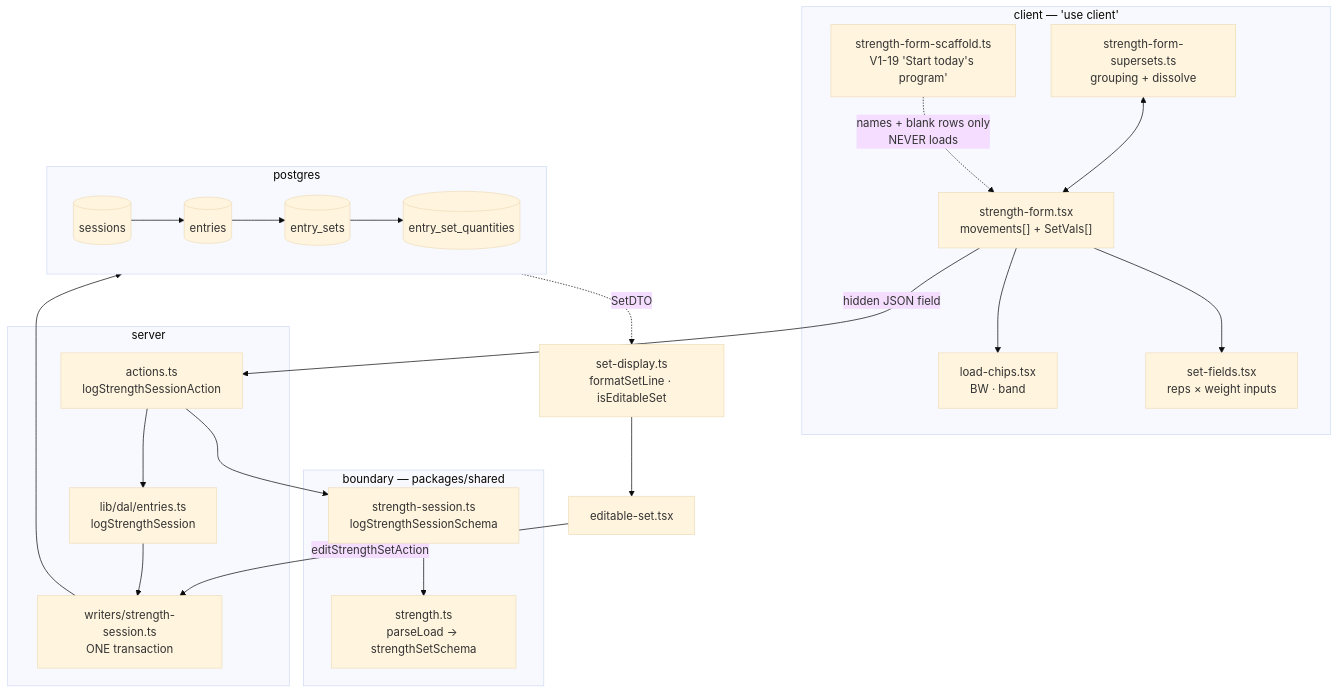
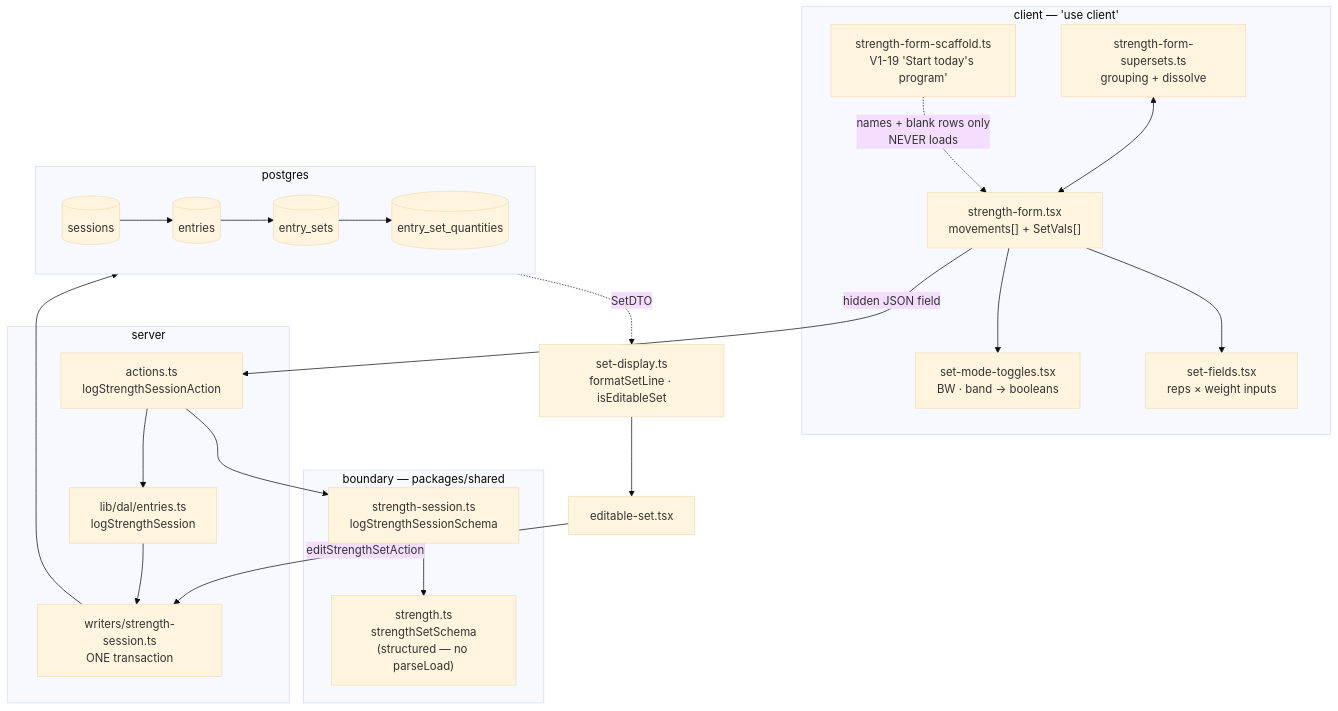
Before and after one commit to ralamode/mat-plan: the diagram in docs/features/strength-logging.md, drawn with Mermaid (base theme). The commit also changed other lines of this file and 17 other files, not shown here.

````diff
--- a/docs/features/strength-logging.md
+++ b/docs/features/strength-logging.md
@@ -32,36 +32,36 @@
 ```mermaid
 flowchart TD
   subgraph client["client — 'use client'"]
     FORM["strength-form.tsx<br/>movements[] + SetVals[]"]
     FIELDS["set-fields.tsx<br/>reps × weight inputs"]
-    CHIPS["load-chips.tsx<br/>BW · band"]
+    CHIPS["set-mode-toggles.tsx<br/>BW · band → booleans"]
     SCAFFOLD["strength-form-scaffold.ts<br/>V1-19 'Start today's program'"]
     SUPERSETS["strength-form-supersets.ts<br/>grouping + dissolve"]
   end
 
   subgraph boundary["boundary — packages/shared"]
-    SETSCHEMA["strength.ts<br/>parseLoad → strengthSetSchema"]
+    SETSCHEMA["strength.ts<br/>strengthSetSchema<br/>(structured — no parseLoad)"]
     SESSIONSCHEMA["strength-session.ts<br/>logStrengthSessionSchema"]
   end
 
   subgraph server["server"]
     ACTION["actions.ts<br/>logStrengthSessionAction"]
     DAL["lib/dal/entries.ts<br/>logStrengthSession"]
     WRITER["writers/strength-session.ts<br/>ONE transaction"]
   end
 
   subgraph db["postgres"]
     SESS[(sessions)] --> ENT[(entries)] --> SETS[(entry_sets)] --> QTY[(entry_set_quantities)]
   end
 
   SCAFFOLD -.->|"names + blank rows only<br/>NEVER loads"| FORM
   FORM --> FIELDS & CHIPS
   SUPERSETS <--> FORM
   FORM -->|"hidden JSON field"| ACTION
   ACTION --> SESSIONSCHEMA --> SETSCHEMA
   ACTION --> DAL --> WRITER --> db
 
   READ["set-display.ts<br/>formatSetLine · isEditableSet"] --> EDIT["editable-set.tsx"]
   db -.->|"SetDTO"| READ
   EDIT -->|"editStrengthSetAction"| WRITER
 ```
````
